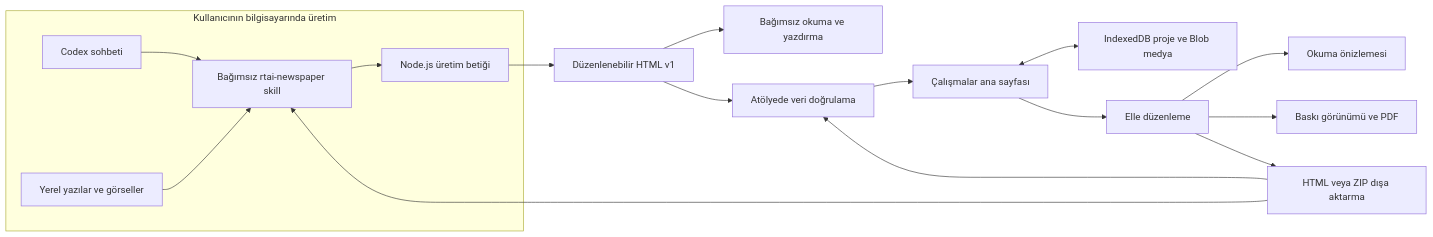
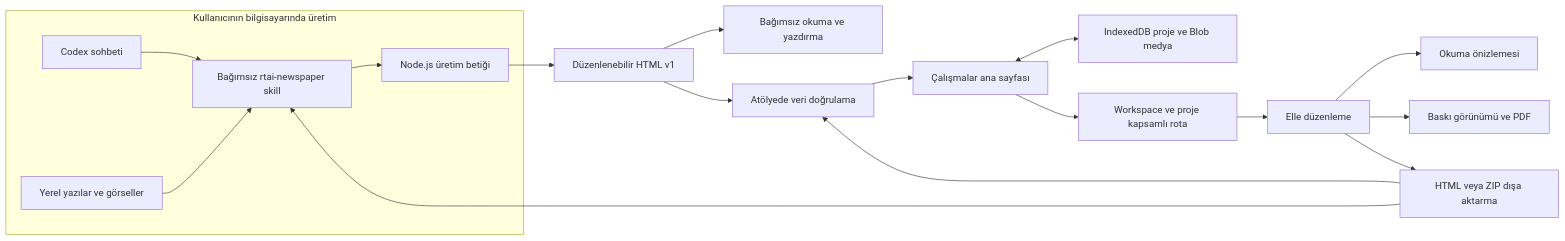
The first of 8 diagrams in docs/TECHNICAL-GUIDE.md (Radio-TEDU/rtai-newspaper-editor), drawn with Mermaid before and after one commit. The commit also changed other lines of this file and 1 other file, not shown here.

````diff
--- a/docs/TECHNICAL-GUIDE.md
+++ b/docs/TECHNICAL-GUIDE.md
@@ -49,19 +53,20 @@
 ```mermaid
 flowchart LR
   subgraph Producer["Kullanıcının bilgisayarında üretim"]
     C["Codex sohbeti"] --> S["Bağımsız rtai-newspaper skill"]
     I["Yerel yazılar ve görseller"] --> S
     S --> N["Node.js üretim betiği"]
   end
   N --> H["Düzenlenebilir HTML v1"]
   H --> O["Bağımsız okuma ve yazdırma"]
   H --> V["Atölyede veri doğrulama"]
   V --> W["Çalışmalar ana sayfası"]
   W <--> D["IndexedDB proje ve Blob medya"]
-  W --> E["Elle düzenleme"]
+  W --> G["Workspace ve proje kapsamlı rota"]
+  G --> E["Elle düzenleme"]
   E --> R["Okuma önizlemesi"]
   E --> P["Baskı görünümü ve PDF"]
   E --> X["HTML veya ZIP dışa aktarma"]
   X --> V
   X --> S
 ```
````
